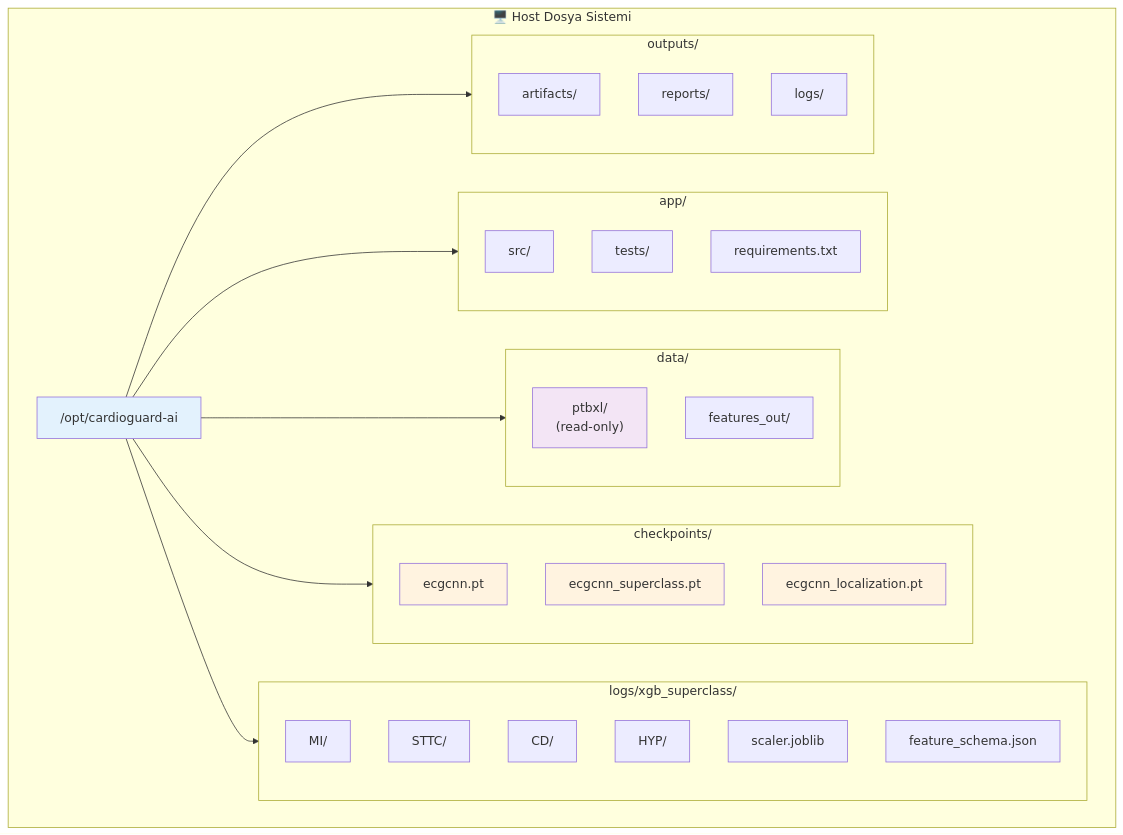
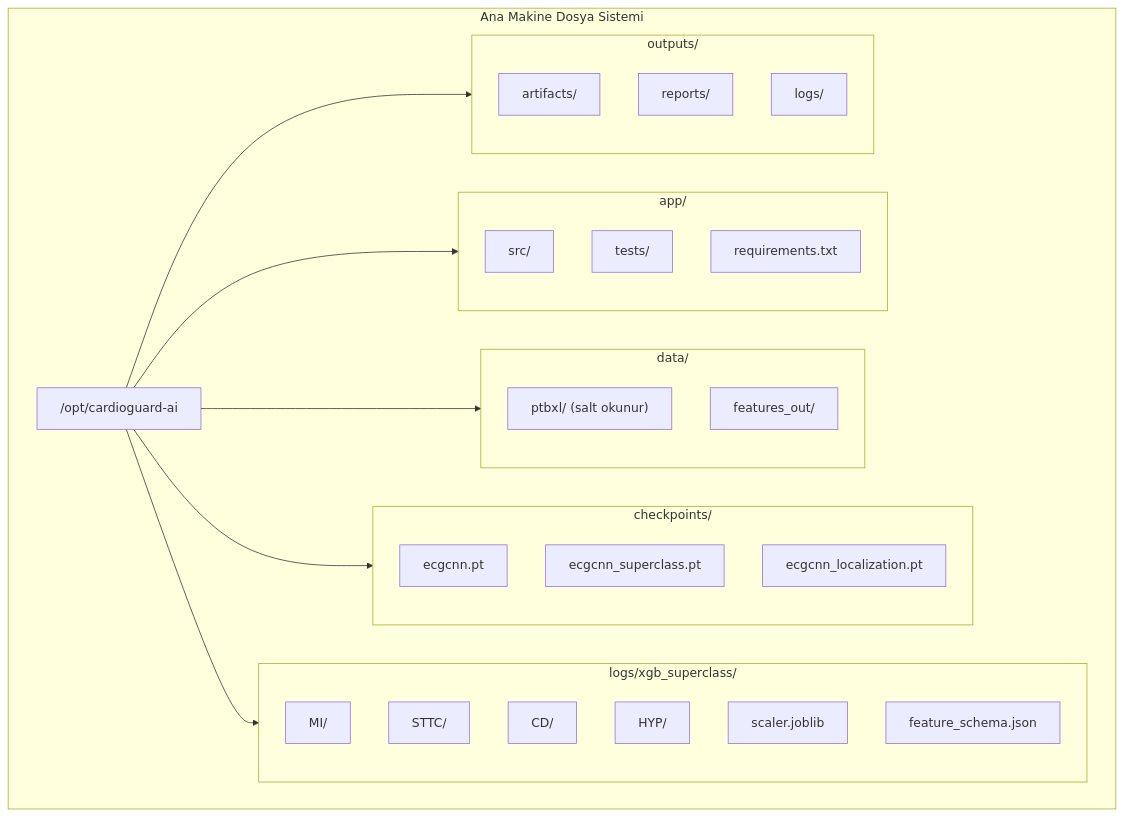
Before and after one commit to mUsaulug/CardioGuard-AI: the third of 9 diagrams in docs/diagrams/05_deployment_diagram.md, drawn with Mermaid. The commit also changed other lines of this file and 5 other files, not shown here.

````diff
--- a/docs/diagrams/05_deployment_diagram.md
+++ b/docs/diagrams/05_deployment_diagram.md
@@ -131,46 +135,44 @@
 ```mermaid
 graph TB
-    subgraph Host["🖥️ Host Dosya Sistemi"]
+    subgraph Host["Ana Makine Dosya Sistemi"]
         ROOT["/opt/cardioguard-ai"]
         
         subgraph App["app/"]
             SRC["src/"]
             TESTS["tests/"]
             REQUIREMENTS["requirements.txt"]
         end
         
         subgraph Data["data/"]
-            PTBXL_DIR["ptbxl/<br/>(read-only)"]
+            PTBXL_DIR["ptbxl/ (salt okunur)"]
             FEATURES["features_out/"]
         end
         
         subgraph Models["checkpoints/"]
             ECGCNN["ecgcnn.pt"]
             ECGCNN_SUPER["ecgcnn_superclass.pt"]
             ECGCNN_LOC["ecgcnn_localization.pt"]
         end
         
         subgraph XGB_DIR["logs/xgb_superclass/"]
             MI_DIR["MI/"]
             STTC_DIR["STTC/"]
             CD_DIR["CD/"]
             HYP_DIR["HYP/"]
             SCALER_FILE["scaler.joblib"]
             SCHEMA["feature_schema.json"]
         end
         
         subgraph Outputs["outputs/"]
             ARTIFACTS_DIR["artifacts/"]
             REPORTS_DIR["reports/"]
             LOGS_DIR["logs/"]
         end
     end
     
-    ROOT --> App & Data & Models & XGB_DIR & Outputs
-    
-    style ROOT fill:#e3f2fd
-    style PTBXL_DIR fill:#f3e5f5
-    style ECGCNN fill:#fff3e0
-    style ECGCNN_SUPER fill:#fff3e0
-    style ECGCNN_LOC fill:#fff3e0
+    ROOT --> App
+    ROOT --> Data
+    ROOT --> Models
+    ROOT --> XGB_DIR
+    ROOT --> Outputs
 ```
````
